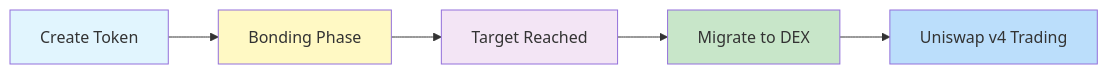
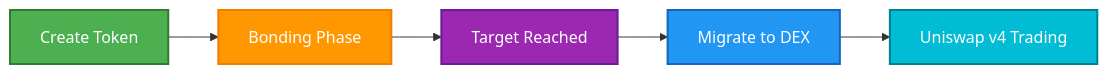
Before and after one commit to b3-fun/b3: the diagram in docs/bondkit/introduction.mdx, drawn with Mermaid.

Commit message:
make color better

````diff
--- a/docs/bondkit/introduction.mdx
+++ b/docs/bondkit/introduction.mdx
@@ -38,13 +38,13 @@
 ```mermaid
 graph LR
     A[Create Token] --> B[Bonding Phase]
     B --> C[Target Reached]
     C --> D[Migrate to DEX]
     D --> E[Uniswap v4 Trading]
     
-    style A fill:#e1f5fe
-    style B fill:#fff9c4
-    style C fill:#f3e5f5
-    style D fill:#c8e6c9
-    style E fill:#bbdefb
+    style A fill:#4CAF50,stroke:#2E7D32,stroke-width:2px,color:#fff
+    style B fill:#FF9800,stroke:#F57C00,stroke-width:2px,color:#fff
+    style C fill:#9C27B0,stroke:#6A1B9A,stroke-width:2px,color:#fff
+    style D fill:#2196F3,stroke:#1565C0,stroke-width:2px,color:#fff
+    style E fill:#00BCD4,stroke:#00838F,stroke-width:2px,color:#fff
 ```
````
